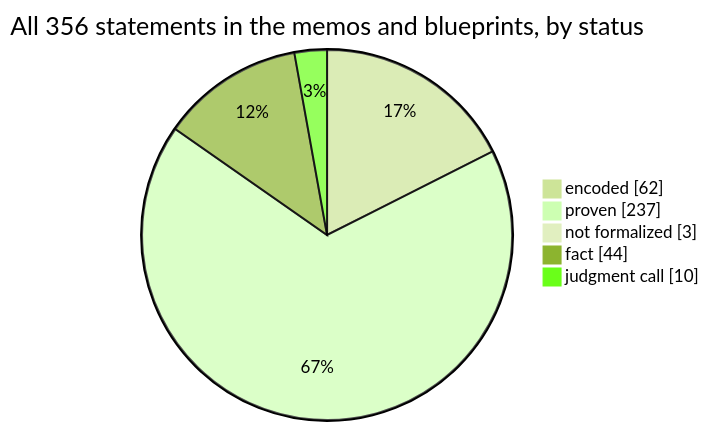
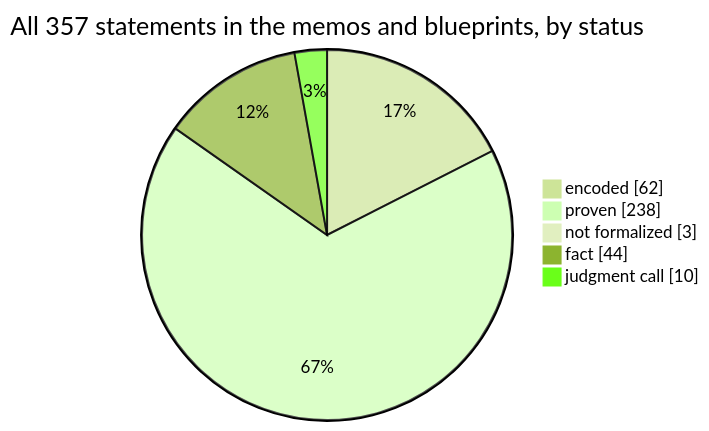
One commit to SeanWMurray/Canteen changed the first of 4 diagrams in docs/graphs/dashboard.md. Above: the diagram before and after it, drawn with Mermaid (forest theme). The commit also changed other lines of this file and 14 other files, not shown here.

````diff
--- a/docs/graphs/dashboard.md
+++ b/docs/graphs/dashboard.md
@@ -11,8 +11,8 @@
 ```mermaid
-pie showData title All 356 statements in the memos and blueprints, by status
+pie showData title All 357 statements in the memos and blueprints, by status
     "encoded" : 62
-    "proven" : 237
+    "proven" : 238
     "not formalized" : 3
     "fact" : 44
     "judgment call" : 10
 ```
````
